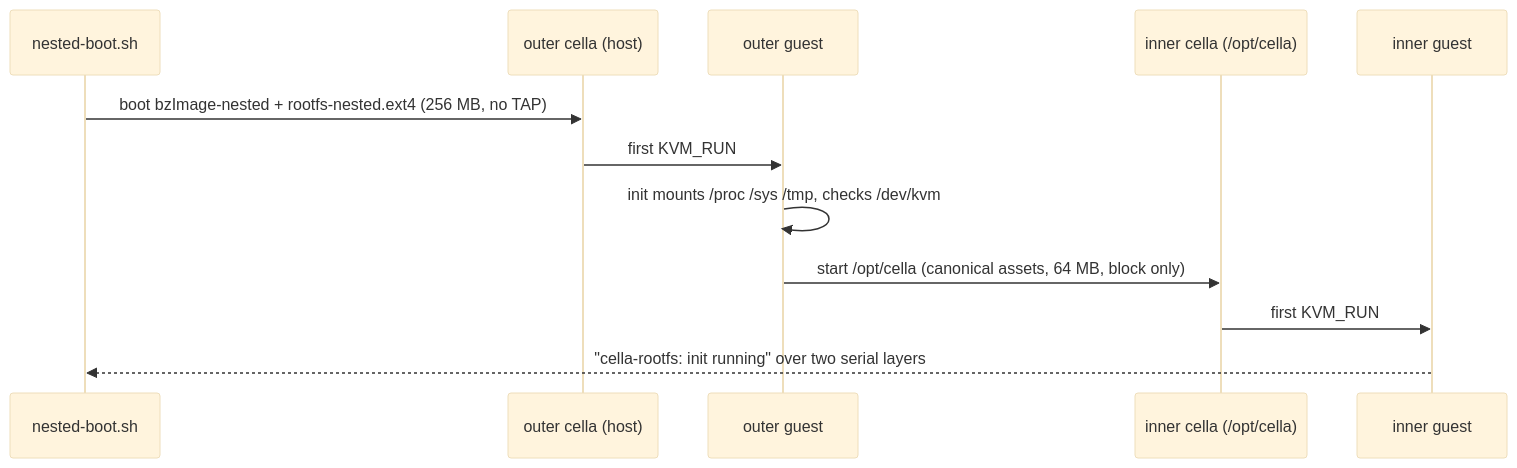
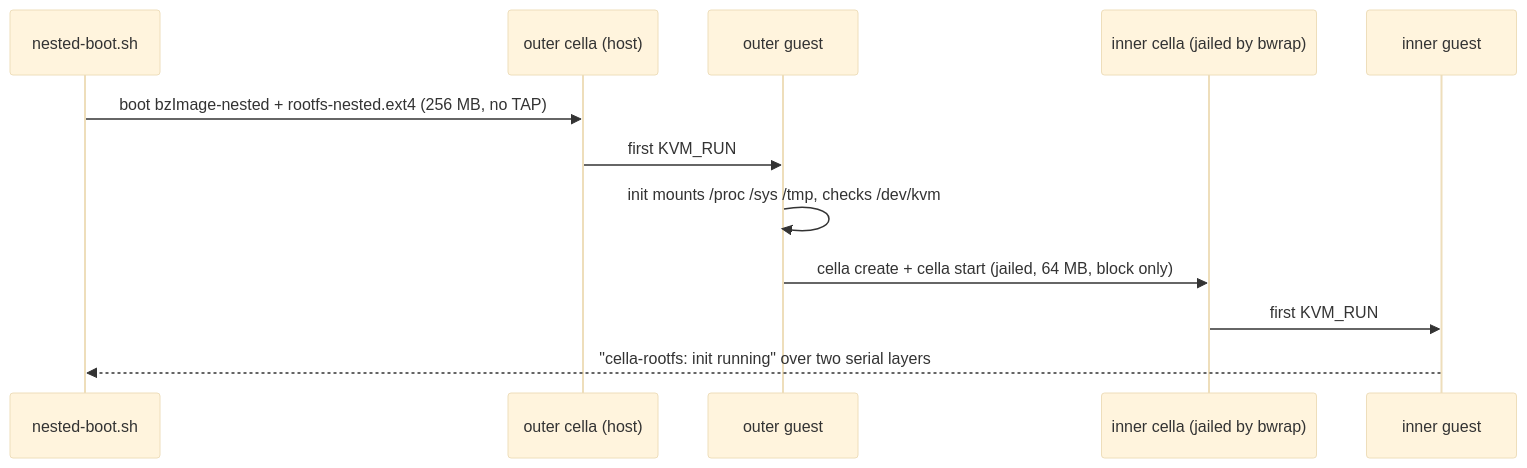
One commit to omne-earth/cella changed the second of 2 diagrams in docs/NESTED-BOOT.md. Above: the diagram before and after it, drawn with Mermaid (base theme). The commit also changed other lines of this file and 1 other file, not shown here.

First line of the commit message:
Record the realized inner jail in the documents

````diff
--- a/docs/NESTED-BOOT.md
+++ b/docs/NESTED-BOOT.md
@@ -58,14 +58,14 @@
 ```mermaid
 sequenceDiagram
     participant T as nested-boot.sh
     participant O as outer cella (host)
     participant G as outer guest
-    participant I as inner cella (/opt/cella)
+    participant I as inner cella (jailed by bwrap)
     participant N as inner guest
     T->>O: boot bzImage-nested + rootfs-nested.ext4 (256 MB, no TAP)
     O->>G: first KVM_RUN
     G->>G: init mounts /proc /sys /tmp, checks /dev/kvm
-    G->>I: start /opt/cella (canonical assets, 64 MB, block only)
+    G->>I: cella create + cella start (jailed, 64 MB, block only)
     I->>N: first KVM_RUN
     N-->>T: "cella-rootfs: init running" over two serial layers
 ```
````
